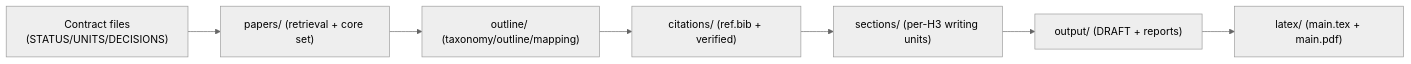
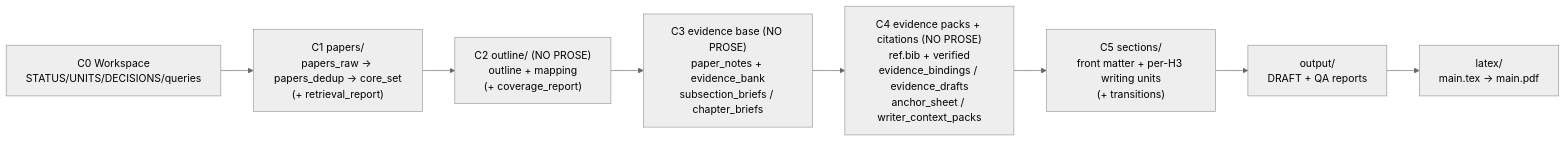
The diagram in README.en.md (WILLOSCAR/research-units-pipeline), drawn with Mermaid (neutral theme) before and after one commit. The commit also changed other lines of this file and 2 other files, not shown here.

````diff
--- a/README.en.md
+++ b/README.en.md
@@ -155,9 +184,10 @@
 ```mermaid
 flowchart LR
-  C0["Contract files<br/>(STATUS/UNITS/DECISIONS)"] --> C1["papers/ (retrieval + core set)"]
-  C1 --> C2["outline/ (taxonomy/outline/mapping)"]
-  C2 --> C4["citations/ (ref.bib + verified)"]
-  C4 --> C5s["sections/ (per-H3 writing units)"]
-  C5s --> OUT["output/ (DRAFT + reports)"]
-  OUT --> TEX["latex/ (main.tex + main.pdf)"]
+  C0["C0 Workspace<br/>STATUS/UNITS/DECISIONS/queries"] --> C1["C1 papers/<br/>papers_raw → papers_dedup → core_set<br/>(+ retrieval_report)"]
+  C1 --> C2["C2 outline/ (NO PROSE)<br/>outline + mapping<br/>(+ coverage_report)"]
+  C2 --> C3["C3 evidence base (NO PROSE)<br/>paper_notes + evidence_bank<br/>subsection_briefs / chapter_briefs"]
+  C3 --> C4["C4 evidence packs + citations (NO PROSE)<br/>ref.bib + verified<br/>evidence_bindings / evidence_drafts<br/>anchor_sheet / writer_context_packs"]
+  C4 --> C5["C5 sections/<br/>front matter + per-H3 writing units<br/>(+ transitions)"]
+  C5 --> OUT["output/<br/>DRAFT + QA reports"]
+  OUT --> TEX["latex/<br/>main.tex → main.pdf"]
 ```
````
